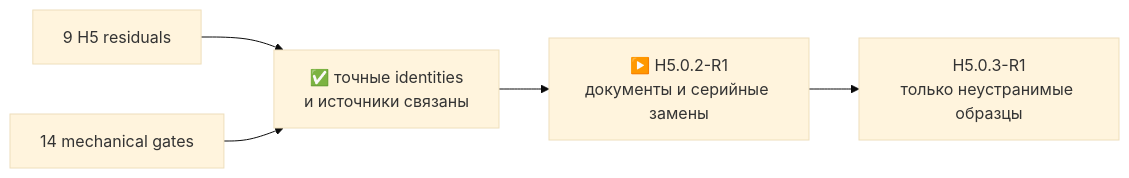
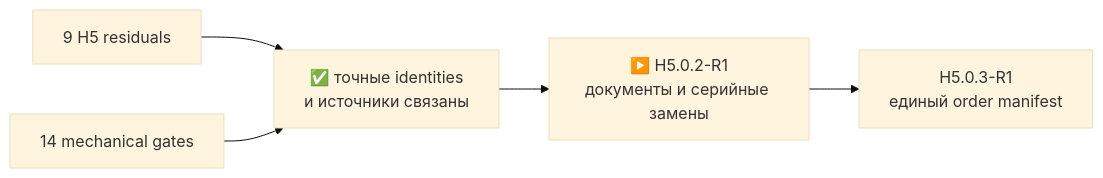
Before and after one commit to anton-vinogradov/esp32-leshy2: the diagram in docs/component-evidence-map.ru.md, drawn with Mermaid (base theme). The commit also changed other lines of this file and 147 other files, not shown here.

````diff
--- a/docs/component-evidence-map.ru.md
+++ b/docs/component-evidence-map.ru.md
@@ -7,7 +7,7 @@
 ```mermaid
 flowchart LR
   R["9 H5 residuals"] --> M["✅ точные identities<br/>и источники связаны"]
   G["14 mechanical gates"] --> M
   M --> S["▶️ H5.0.2-R1<br/>документы и серийные замены"]
-  S --> P["H5.0.3-R1<br/>только неустранимые образцы"]
+  S --> P["H5.0.3-R1<br/>единый order manifest"]
 ```
````
